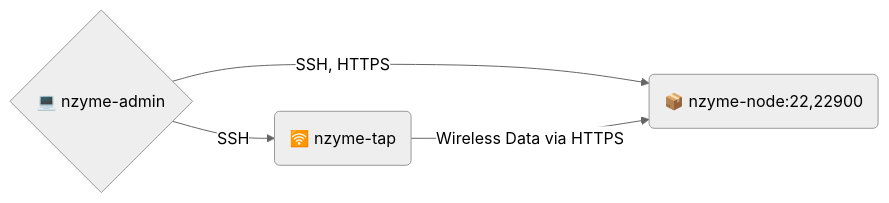
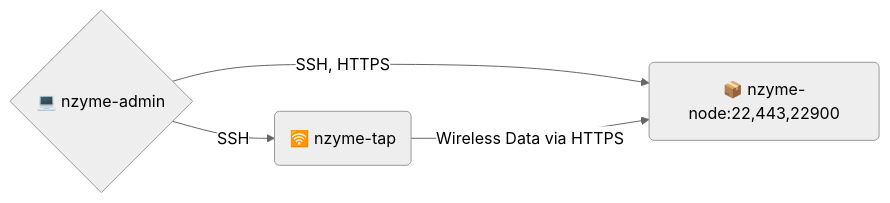
The diagram in docs/notes/nzyme.md (straysheep-dev/straysheep-dev.github.io), drawn with Mermaid (neutral theme) before and after one commit. The commit also changed other lines of this file, not shown here.

````diff
--- a/docs/notes/nzyme.md
+++ b/docs/notes/nzyme.md
@@ -67,10 +71,10 @@
 ```mermaid
 graph LR
 	A{💻 nzyme-admin};
 	B(🛜 nzyme-tap);
-	C(📦 nzyme-node:22,22900);
+	C(📦 nzyme-node:22,443,22900);
 	A -->| SSH | B;
 	A -->| SSH, HTTPS | C;
 	B -->| Wireless Data via HTTPS | C;
 
 ```
````
